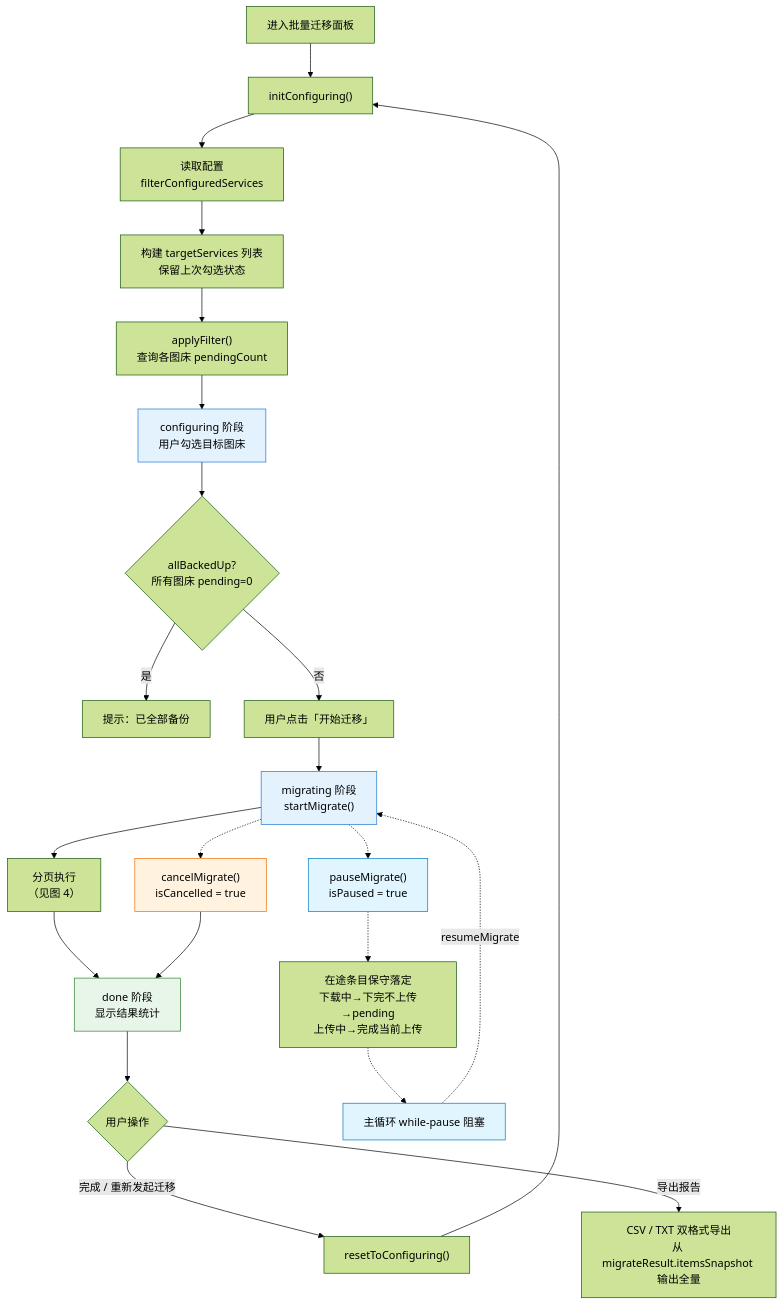
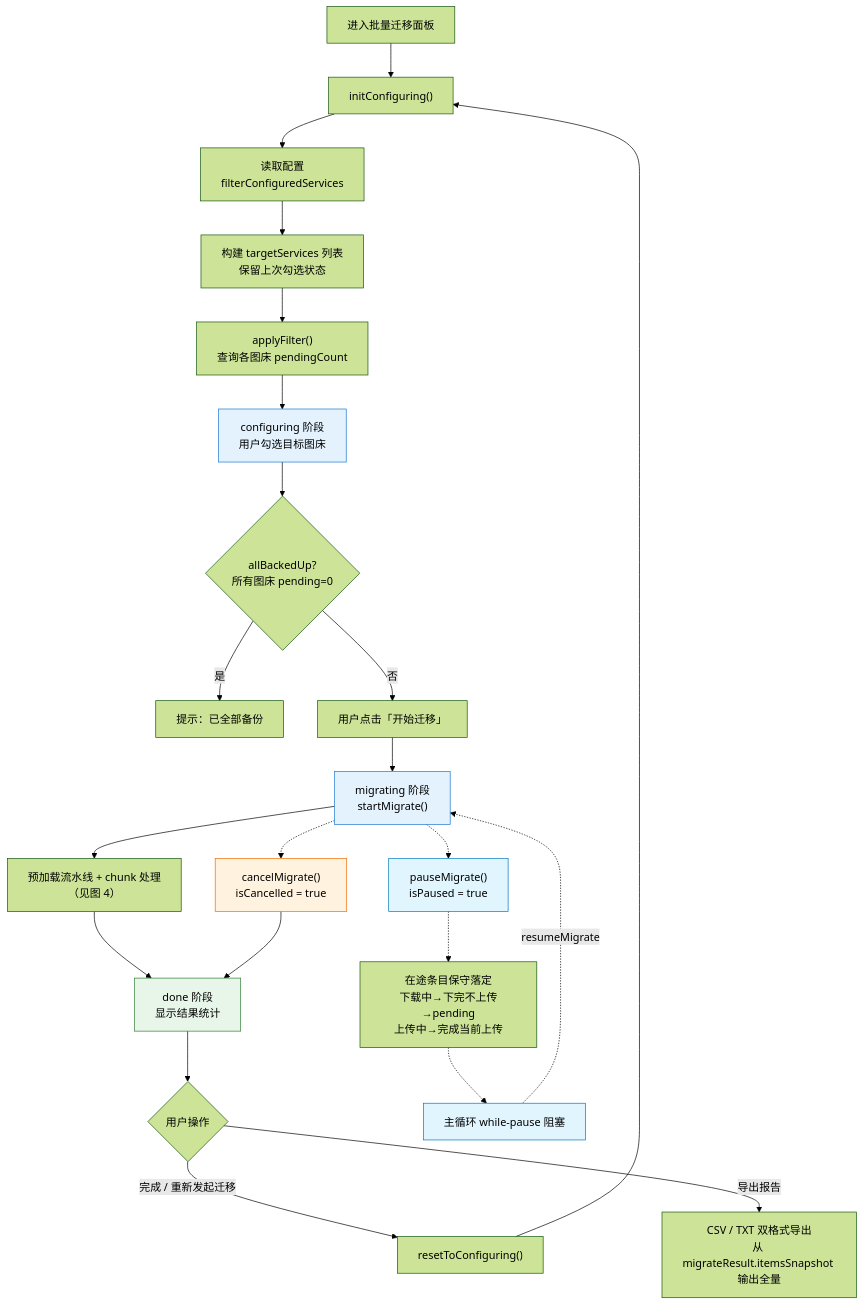
Before and after one commit to joeyliu6/PicNexus: the first of 5 diagrams in docs/flows/batch-migrate-flow.md, drawn with Mermaid (forest theme). The commit also changed other lines of this file and 1 other file, not shown here.

First line of the commit message:
docs(flows): redraw the batch-migrate execution diagram and record persistence invariants

````diff
--- a/docs/flows/batch-migrate-flow.md
+++ b/docs/flows/batch-migrate-flow.md
@@ -25,38 +25,38 @@
 ```mermaid
 flowchart TD
     A["进入批量迁移面板"] --> B["initConfiguring()"]
     B --> C["读取配置<br/>filterConfiguredServices"]
     C --> D["构建 targetServices 列表<br/>保留上次勾选状态"]
     D --> E["applyFilter()<br/>查询各图床 pendingCount"]
     E --> F["configuring 阶段<br/>用户勾选目标图床"]
 
     F --> G{allBackedUp?<br/>所有图床 pending=0}
     G -- 是 --> G1["提示：已全部备份"]
     G -- 否 --> H["用户点击「开始迁移」"]
 
     H --> I["migrating 阶段<br/>startMigrate()"]
-    I --> J["分页执行<br/>（见图 4）"]
+    I --> J["预加载流水线 + chunk 处理<br/>（见图 4）"]
     J --> K["done 阶段<br/>显示结果统计"]
 
     K --> L{用户操作}
     L -- "完成 / 重新发起迁移" --> N["resetToConfiguring()"]
     N --> B
     L -- "导出报告" --> EX["CSV / TXT 双格式导出<br/>从 migrateResult.itemsSnapshot 输出全量"]
 
     %% 暂停 / 恢复（保守策略：在途条目落定后主循环阻塞）
     I -.-> P["pauseMigrate()<br/>isPaused = true"]
     P -.-> P1["在途条目保守落定<br/>下载中→下完不上传→pending<br/>上传中→完成当前上传"]
     P1 -.-> P2["主循环 while-pause 阻塞"]
     P2 -.-> |resumeMigrate| I
 
     %% 取消
     I -.-> O["cancelMigrate()<br/>isCancelled = true"]
     O --> K
 
     style F fill:#e3f2fd,stroke:#1976d2
     style I fill:#e3f2fd,stroke:#1976d2
     style K fill:#e8f5e9,stroke:#2e7d32
     style O fill:#fff3e0,stroke:#ef6c00
     style P fill:#e1f5fe,stroke:#0277bd
     style P2 fill:#e1f5fe,stroke:#0277bd
 ```
````
